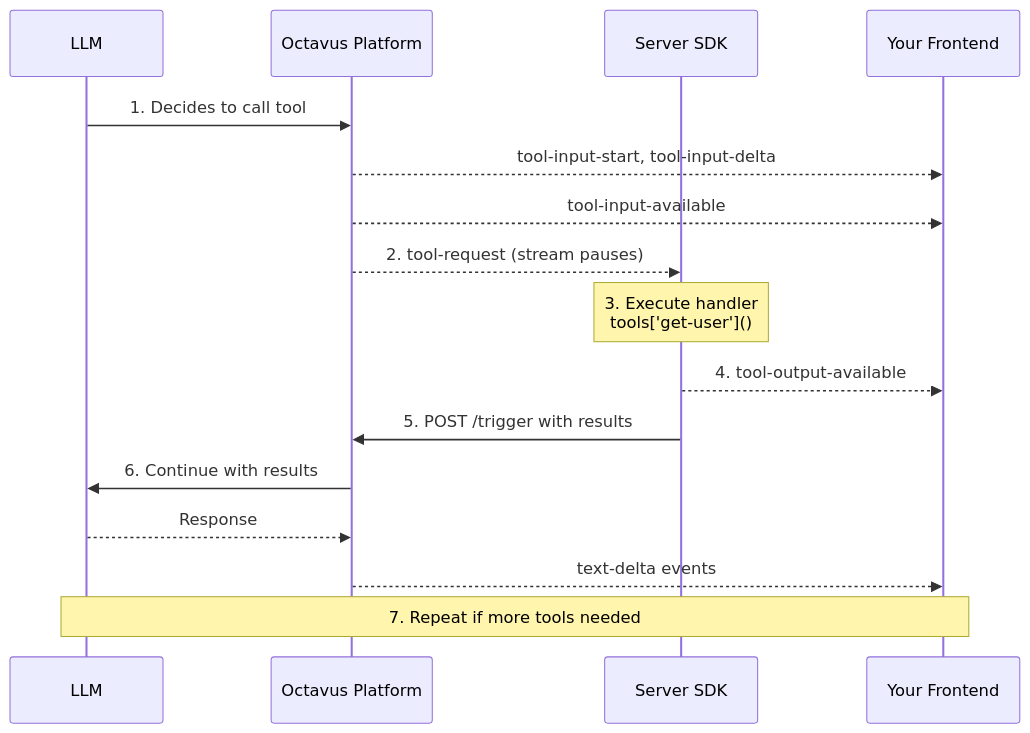
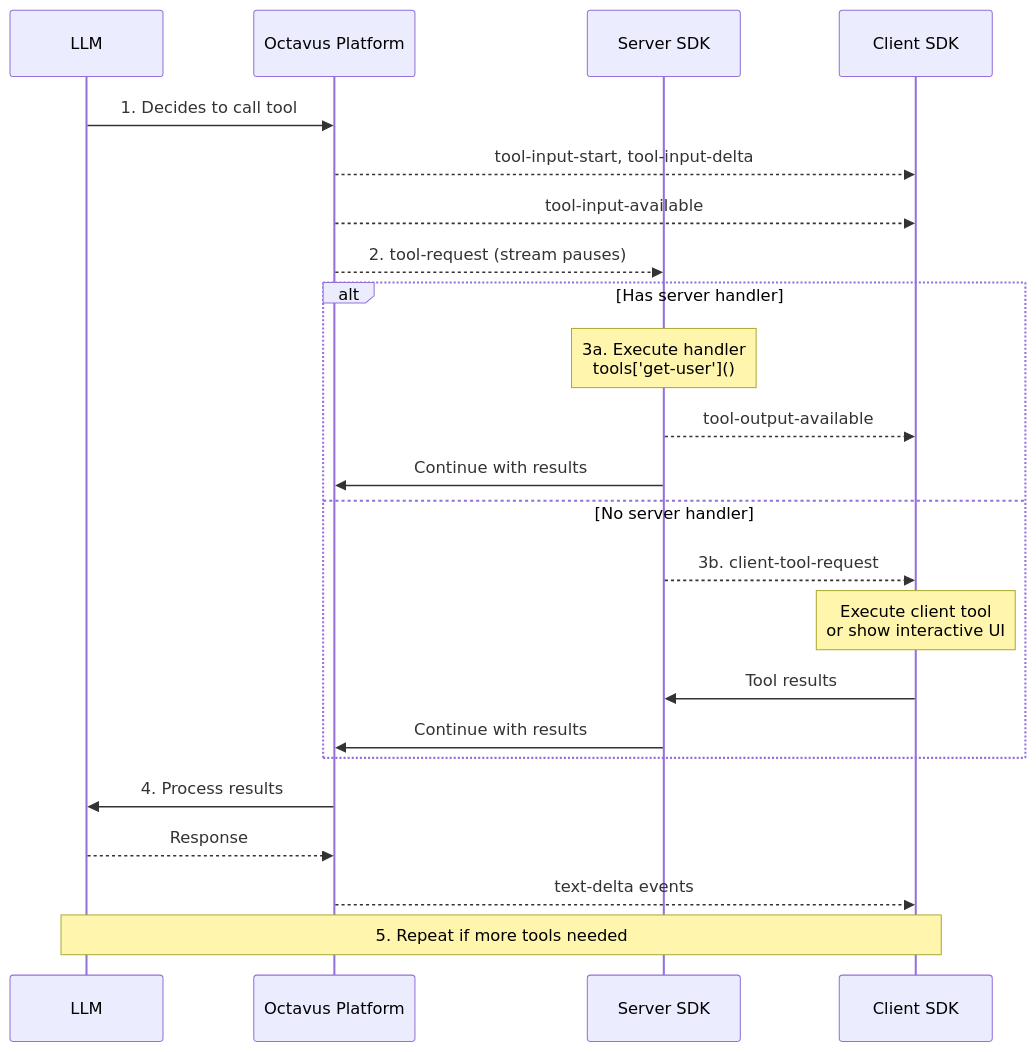
The diagram in packages/docs/content/02-server-sdk/03-tools.md (octavus-ai/js-sdk), drawn with Mermaid before and after one commit. The commit also changed other lines of this file and 30 other files, not shown here.

First line of the commit message:
Client side tool call handling (#7)

````diff
--- a/packages/docs/content/02-server-sdk/03-tools.md
+++ b/packages/docs/content/02-server-sdk/03-tools.md
@@ -144,22 +158,29 @@
 ```mermaid
 sequenceDiagram
     participant LLM
     participant Platform as Octavus Platform
     participant SDK as Server SDK
-    participant UI as Your Frontend
+    participant Client as Client SDK
 
     LLM->>Platform: 1. Decides to call tool
-    Platform-->>UI: tool-input-start, tool-input-delta
-    Platform-->>UI: tool-input-available
+    Platform-->>Client: tool-input-start, tool-input-delta
+    Platform-->>Client: tool-input-available
     Platform-->>SDK: 2. tool-request (stream pauses)
 
-    Note over SDK: 3. Execute handler<br/>tools['get-user']()
+    alt Has server handler
+        Note over SDK: 3a. Execute handler<br/>tools['get-user']()
+        SDK-->>Client: tool-output-available
+        SDK->>Platform: Continue with results
+    else No server handler
+        SDK-->>Client: 3b. client-tool-request
+        Note over Client: Execute client tool<br/>or show interactive UI
+        Client->>SDK: Tool results
+        SDK->>Platform: Continue with results
+    end
 
-    SDK-->>UI: 4. tool-output-available
-    SDK->>Platform: 5. POST /trigger with results
-    Platform->>LLM: 6. Continue with results
+    Platform->>LLM: 4. Process results
     LLM-->>Platform: Response
-    Platform-->>UI: text-delta events
+    Platform-->>Client: text-delta events
 
-    Note over LLM,UI: 7. Repeat if more tools needed
+    Note over LLM,Client: 5. Repeat if more tools needed
 ```
````
